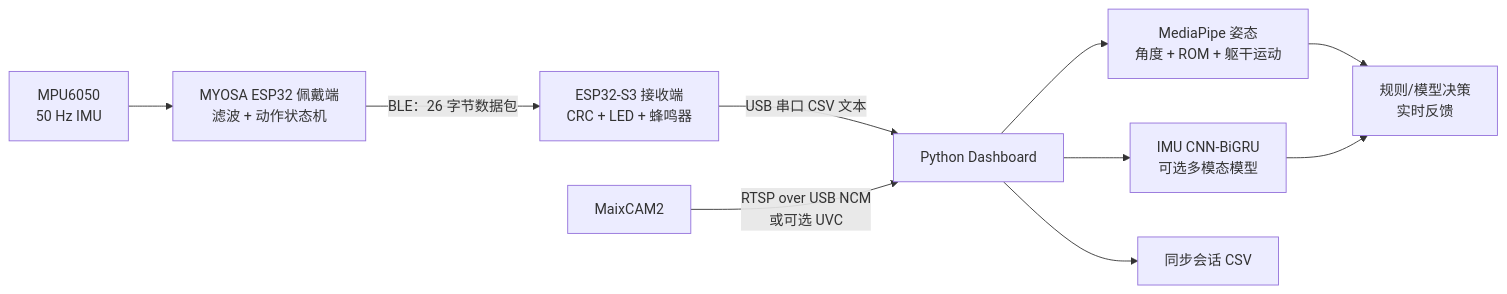
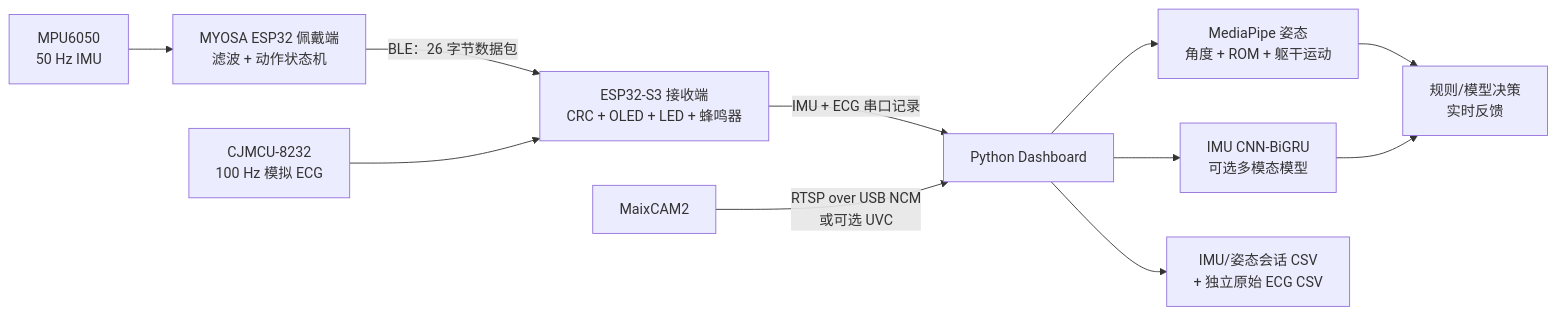
The diagram in README_zh.md (ydh0411/lite-rehab-mvp), drawn with Mermaid before and after one commit. The commit also changed other lines of this file and 4 other files, not shown here.

Commit message:
docs: add receiver ECG and OLED wiring

````diff
--- a/README_zh.md
+++ b/README_zh.md
@@ -50,12 +51,13 @@
 ```mermaid
 flowchart LR
     MPU["MPU6050<br/>50 Hz IMU"] --> WEAR["MYOSA ESP32 佩戴端<br/>滤波 + 动作状态机"]
-    WEAR -->|"BLE：26 字节数据包"| RECV["ESP32-S3 接收端<br/>CRC + LED + 蜂鸣器"]
-    RECV -->|"USB 串口 CSV 文本"| DASH["Python Dashboard"]
+    WEAR -->|"BLE：26 字节数据包"| RECV["ESP32-S3 接收端<br/>CRC + OLED + LED + 蜂鸣器"]
+    ECG["CJMCU-8232<br/>100 Hz 模拟 ECG"] --> RECV
+    RECV -->|"IMU + ECG 串口记录"| DASH["Python Dashboard"]
     CAM["MaixCAM2"] -->|"RTSP over USB NCM<br/>或可选 UVC"| DASH
     DASH --> POSE["MediaPipe 姿态<br/>角度 + ROM + 躯干运动"]
     DASH --> MODEL["IMU CNN-BiGRU<br/>可选多模态模型"]
     POSE --> FUSE["规则/模型决策<br/>实时反馈"]
     MODEL --> FUSE
-    DASH --> LOG["同步会话 CSV"]
+    DASH --> LOG["IMU/姿态会话 CSV<br/>+ 独立原始 ECG CSV"]
 ```
````
